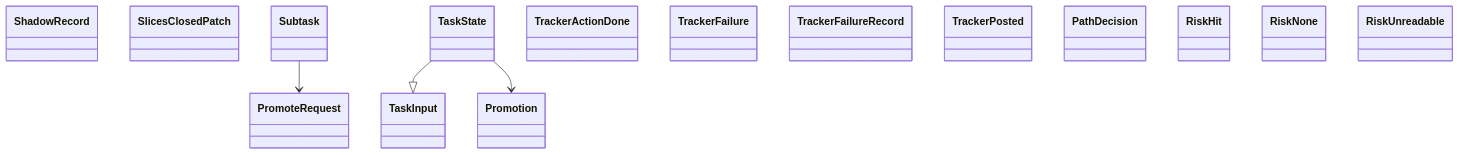
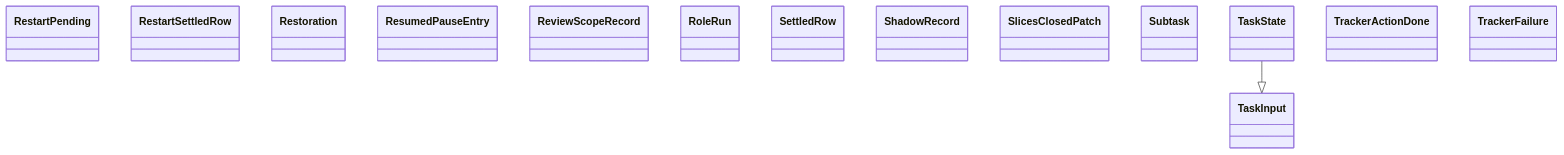
One commit to GonzaloZevallos/agentic-system changed the diagram in docs/architecture/generated/classes-process-domain-state-7.md. Above: the diagram before and after it, drawn with Mermaid. The commit also changed other lines of this file and 29 other files, not shown here.

````diff
--- a/docs/architecture/generated/classes-process-domain-state-7.md
+++ b/docs/architecture/generated/classes-process-domain-state-7.md
@@ -26,21 +27,18 @@
 ```mermaid
 classDiagram
+    class task__RestartPending["RestartPending"]
+    class task__RestartSettledRow["RestartSettledRow"]
+    class task__Restoration["Restoration"]
+    class task__ResumedPauseEntry["ResumedPauseEntry"]
+    class task__ReviewScopeRecord["ReviewScopeRecord"]
+    class task__RoleRun["RoleRun"]
+    class task__SettledRow["SettledRow"]
     class task__ShadowRecord["ShadowRecord"]
     class task__SlicesClosedPatch["SlicesClosedPatch"]
     class task__Subtask["Subtask"]
     class task__TaskInput["TaskInput"]
     class task__TaskState["TaskState"]
     class task__TrackerActionDone["TrackerActionDone"]
     class task__TrackerFailure["TrackerFailure"]
-    class task__TrackerFailureRecord["TrackerFailureRecord"]
-    class task__TrackerPosted["TrackerPosted"]
-    class task_path__PathDecision["PathDecision"]
-    class task_path__PromoteRequest["PromoteRequest"]
-    class task_path__Promotion["Promotion"]
-    class task_path__RiskHit["RiskHit"]
-    class task_path__RiskNone["RiskNone"]
-    class task_path__RiskUnreadable["RiskUnreadable"]
-    task__Subtask --> task_path__PromoteRequest
     task__TaskState --|> task__TaskInput
-    task__TaskState --> task_path__Promotion
 ```
````
